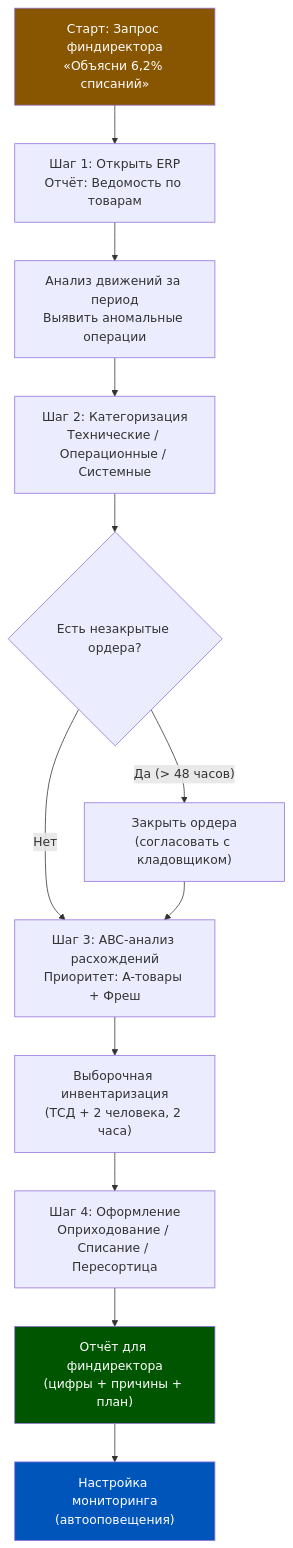
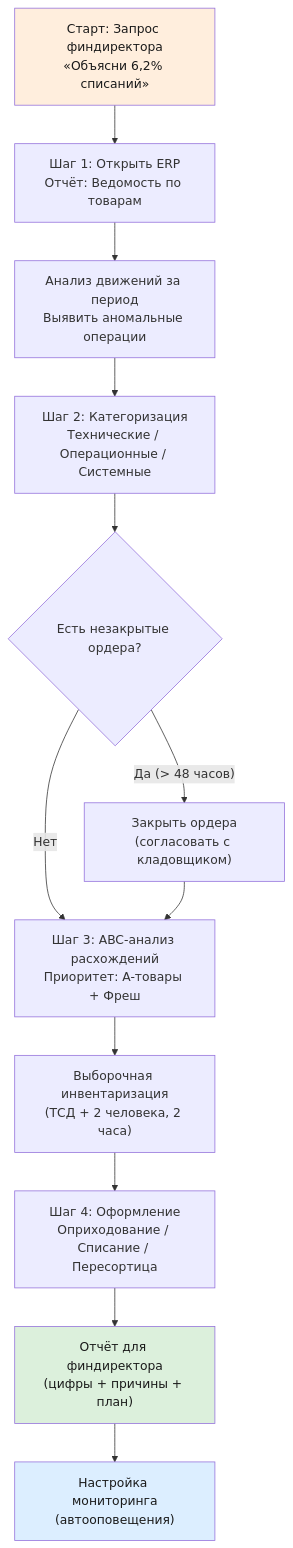
One commit to murad1986/1c-erp-quartz changed the eighth of 8 diagrams in content/1c-erp/week_5/Неделя 5 - День 6 - Практикум по аудиту склада.md. Above: the diagram before and after it, drawn with Mermaid. The commit also changed other lines of this file and 57 other files, not shown here.

First line of the commit message:
fix: Mermaid — пастельные цвета в источниках диаграмм (56 файлов)

````diff
--- a/content/1c-erp/week_5/Неделя 5 - День 6 - Практикум по аудиту склада.md
+++ b/content/1c-erp/week_5/Неделя 5 - День 6 - Практикум по аудиту склада.md
@@ -430,28 +430,28 @@
 ```mermaid
 flowchart TD
     START["Старт: Запрос финдиректора
 «Объясни 6,2% списаний»"] --> A1["Шаг 1: Открыть ERP
 Отчёт: Ведомость по товарам"]
     A1 --> A2["Анализ движений за период
 Выявить аномальные операции"]
     A2 --> A3["Шаг 2: Категоризация
 Технические / Операционные / Системные"]
     A3 --> A4{"Есть незакрытые ордера?"}
     A4 -->|"Да (> 48 часов)"| FIX1["Закрыть ордера
 (согласовать с кладовщиком)"]
     A4 -->|"Нет"| A5["Шаг 3: ABC-анализ расхождений
 Приоритет: A-товары + Фреш"]
     FIX1 --> A5
     A5 --> A6["Выборочная инвентаризация
 (ТСД + 2 человека, 2 часа)"]
     A6 --> A7["Шаг 4: Оформление
 Оприходование / Списание / Пересортица"]
     A7 --> REPORT["Отчёт для финдиректора
 (цифры + причины + план)"]
     REPORT --> PREVENT["Настройка мониторинга
 (автооповещения)"]
 
-    style START fill:#885500,color:#fff
-    style REPORT fill:#005500,color:#fff
-    style PREVENT fill:#0055BB,color:#fff
+    style START fill:#ffeedd,color:#1a1a1a
+    style REPORT fill:#dcf0dc,color:#1a1a1a
+    style PREVENT fill:#dceeff,color:#1a1a1a
 ```
````
